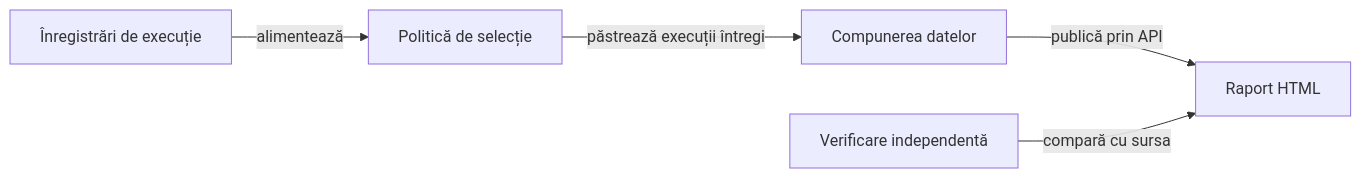
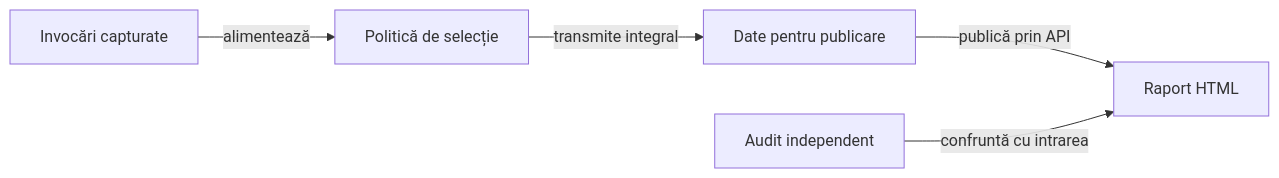
One commit to crististefanita/atf_j4 changed the diagram in atf-tests/README.md. Above: the diagram before and after it, drawn with Mermaid. The commit also changed other lines of this file and 30 other files, not shown here.

````diff
--- a/atf-tests/README.md
+++ b/atf-tests/README.md
@@ -11,7 +11,7 @@
 ```mermaid
 flowchart LR
-INPUT[Înregistrări de execuție] -->|alimentează| POLICY[Politică de selecție]
-POLICY -->|păstrează execuții întregi| REPORT[Compunerea datelor]
-REPORT -->|publică prin API| HTML[Raport HTML]
-AUDIT[Verificare independentă] -->|compară cu sursa| HTML
+    INPUT[Invocări capturate] -->|alimentează| POLICY[Politică de selecție]
+    POLICY -->|transmite integral| DATA[Date pentru publicare]
+    DATA -->|publică prin API| HTML[Raport HTML]
+    AUDIT[Audit independent] -->|confruntă cu intrarea| HTML
 ```
````
